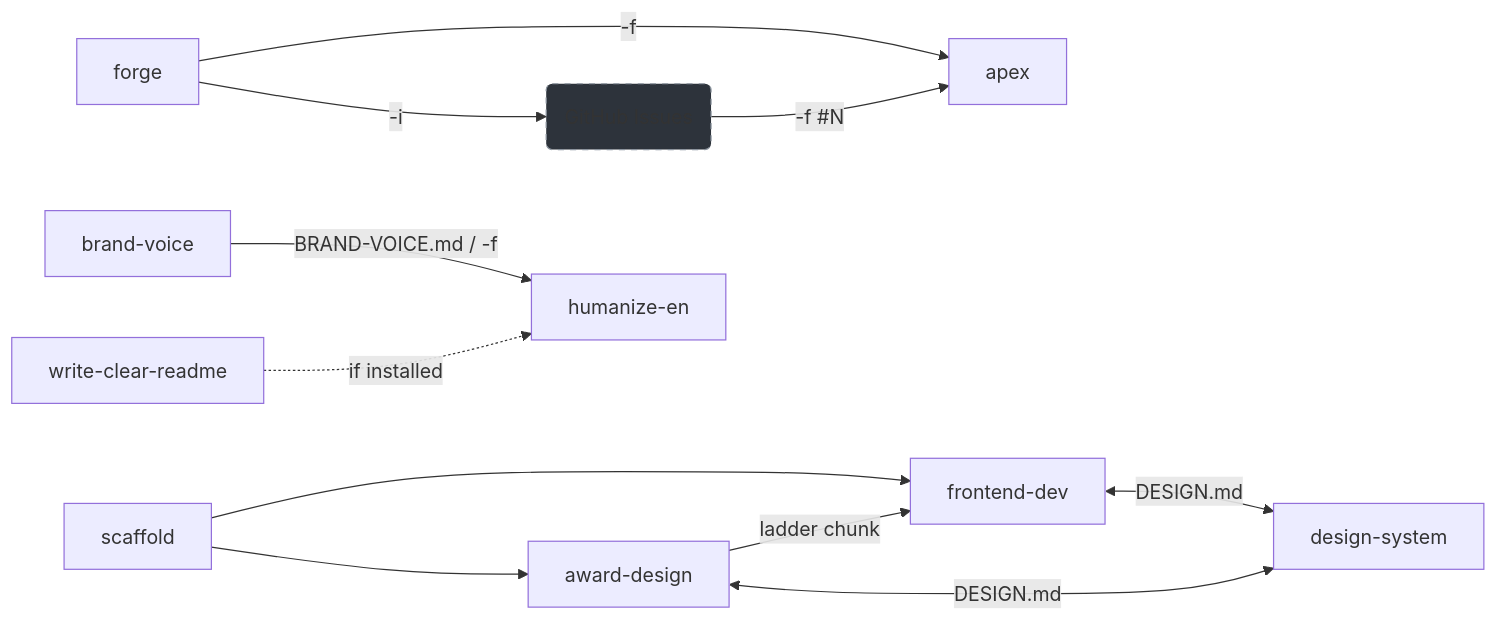
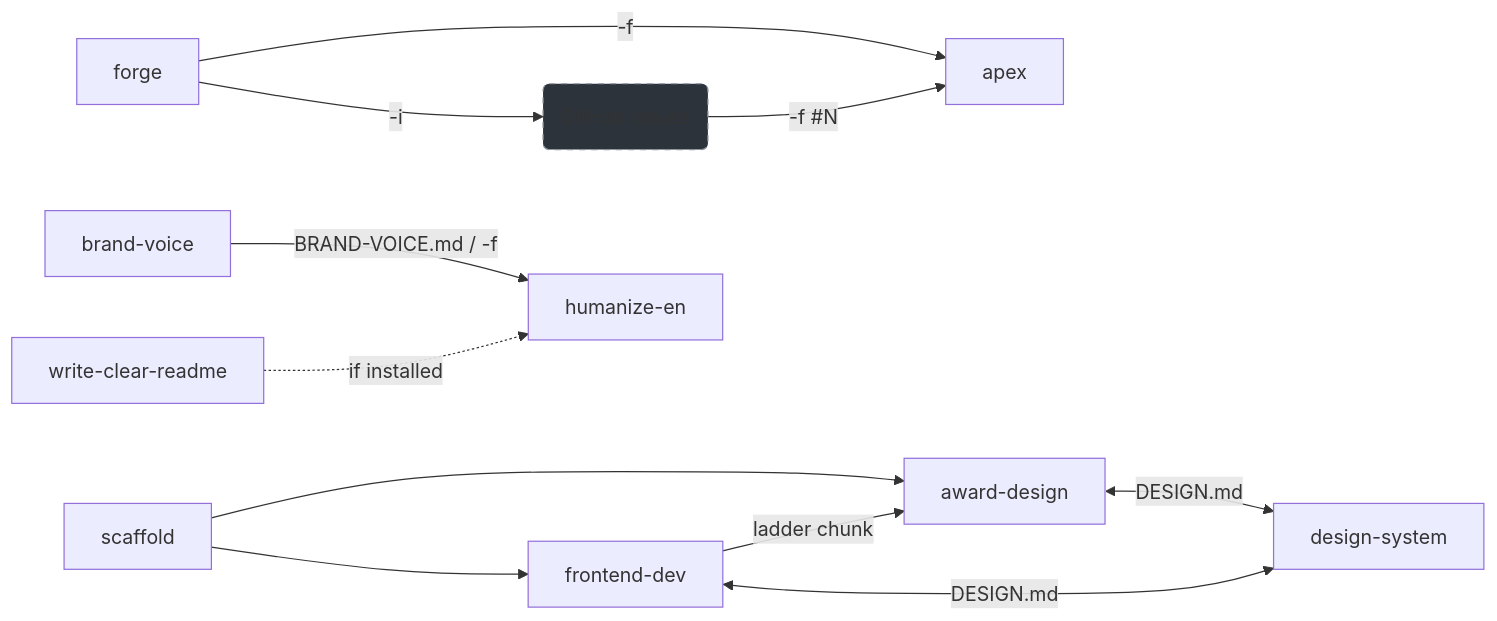
One commit to coroboros/agent-skills changed the diagram in README.md. Above: the diagram before and after it, drawn with Mermaid. The commit also changed other lines of this file and 4 other files, not shown here.

First line of the commit message:
fix(frontend-dev): dedupe contracts and align the routing docs

````diff
--- a/README.md
+++ b/README.md
@@ -1274,17 +1275,17 @@
 ```mermaid
 graph LR
   forge -->|"-f"| apex
   forge -->|"-i"| issues(GitHub Issues)
   issues -->|"-f #N"| apex
 
   scaffold --> award-design
   scaffold --> frontend-dev
-  award-design -->|ladder chunk| frontend-dev
+  frontend-dev -->|ladder chunk| award-design
   frontend-dev <-->|DESIGN.md| design-system
   award-design <-->|DESIGN.md| design-system
 
   brand-voice -->|"BRAND-VOICE.md / -f"| humanize-en
   write-clear-readme -.->|if installed| humanize-en
 
   style issues fill:#2d333b,stroke:#8b949e,stroke-dasharray: 5 5
 ```
````
